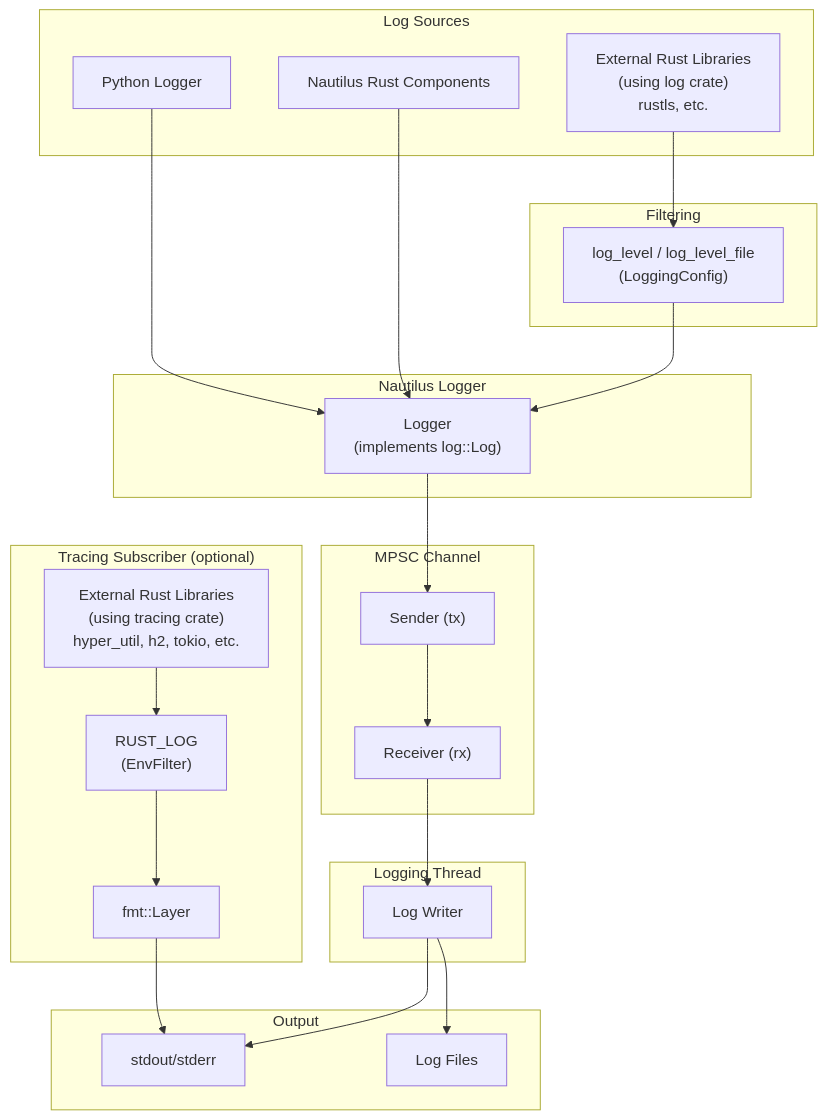
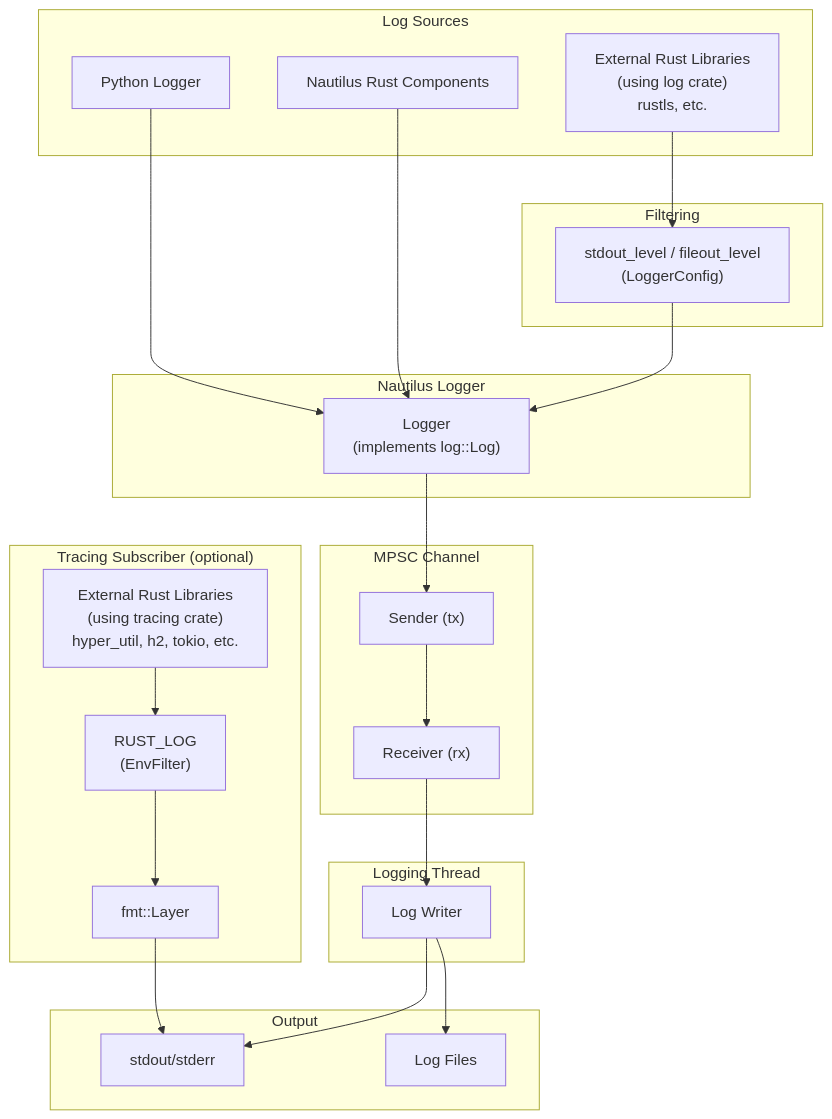
One commit to brianmok888/nautilus-trader-dev-skill changed the diagram in skills/nt-live/references/concepts/logging.md. Above: the diagram before and after it, drawn with Mermaid. The commit also changed other lines of this file and 81 other files, not shown here.

````diff
--- a/skills/nt-live/references/concepts/logging.md
+++ b/skills/nt-live/references/concepts/logging.md
@@ -26,46 +26,46 @@
 ```mermaid
 flowchart TB
     subgraph Sources["Log Sources"]
         PY["Python Logger"]
         NAUT["Nautilus Rust Components"]
         LOG["External Rust Libraries<br/>(using log crate)<br/>rustls, etc."]
     end
 
     subgraph Filtering["Filtering"]
-        LF["log_level / log_level_file<br/>(LoggingConfig)"]
+        LF["stdout_level / fileout_level<br/>(LoggerConfig)"]
     end
 
     subgraph Logger["Nautilus Logger"]
         NL["Logger<br/>(implements log::Log)"]
     end
 
     subgraph Channel["MPSC Channel"]
         TX["Sender (tx)"]
         RX["Receiver (rx)"]
     end
 
     subgraph Thread["Logging Thread"]
         LT["Log Writer"]
     end
 
     subgraph Output["Output"]
         STDOUT["stdout/stderr"]
         FILE["Log Files"]
     end
 
     PY --> NL
     NAUT --> NL
     LOG --> LF --> NL
 
     NL --> TX --> RX --> LT
     LT --> STDOUT
     LT --> FILE
 
     subgraph Tracing["Tracing Subscriber (optional)"]
         TRACE["External Rust Libraries<br/>(using tracing crate)<br/>hyper_util, h2, tokio, etc."]
         EF["RUST_LOG<br/>(EnvFilter)"]
         FMT["fmt::Layer"]
     end
 
     TRACE --> EF --> FMT --> STDOUT
 ```
````
